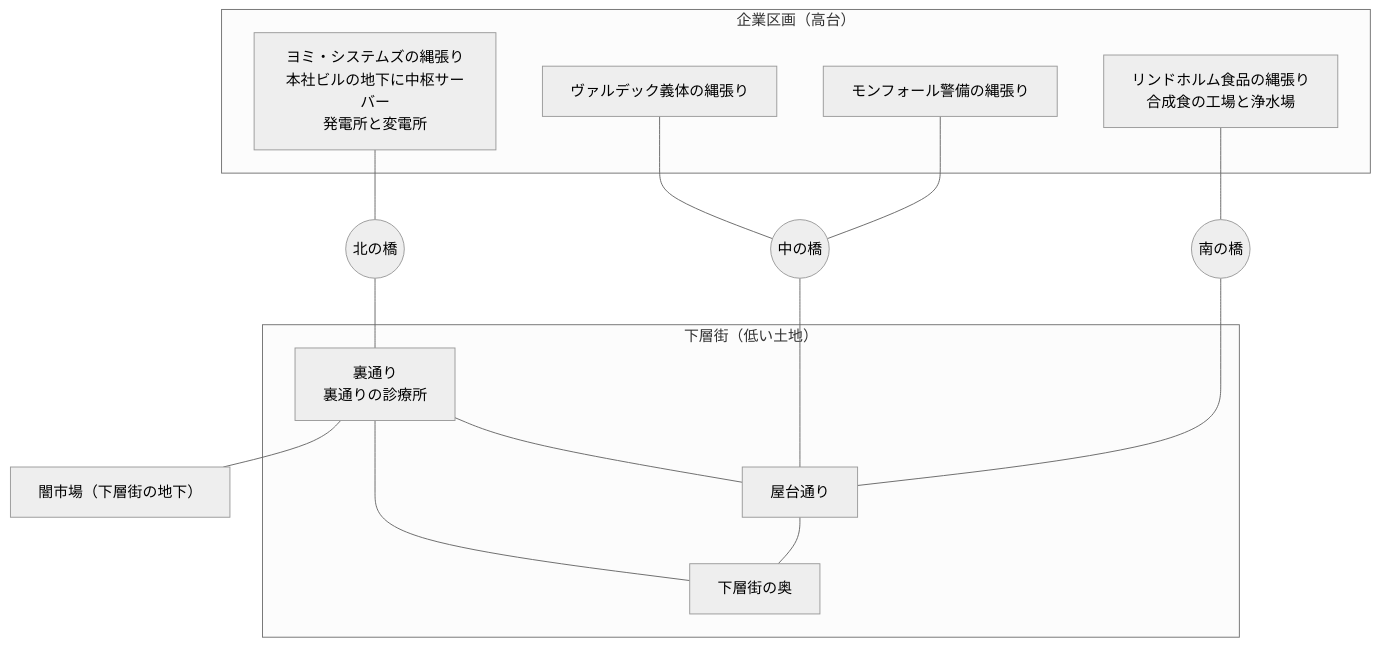
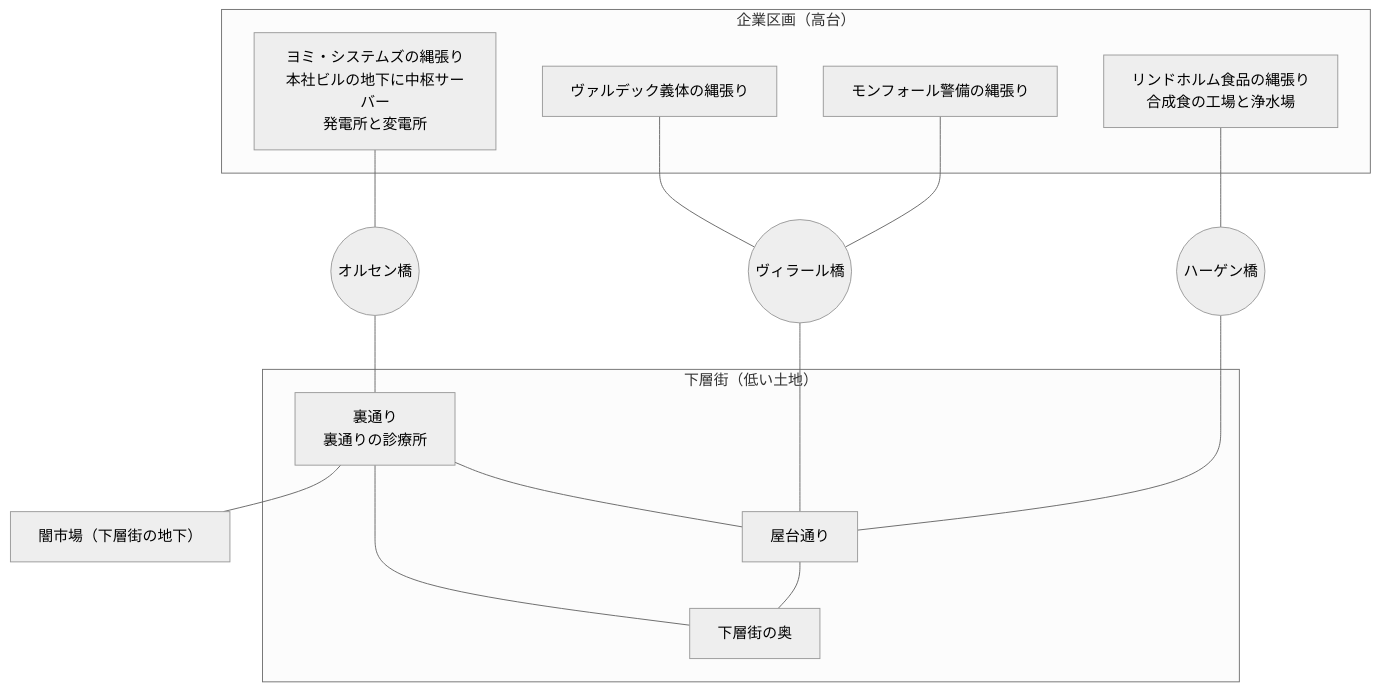
The diagram in docs/20-domain/dom-15-city-places-and-powers.md (setopic/neon-chronicle), drawn with Mermaid (neutral theme) before and after one commit. The commit also changed other lines of this file and 9 other files, not shown here.

First line of the commit message:
橋に人名を付け、地図を地形の分かる描き方にする（#61） (#62)

````diff
--- a/docs/20-domain/dom-15-city-places-and-powers.md
+++ b/docs/20-domain/dom-15-city-places-and-powers.md
@@ -53,24 +55,24 @@
 ```mermaid
 flowchart TB
   subgraph corp["企業区画（高台）"]
     yomi["ヨミ・システムズの縄張り<br>本社ビルの地下に中枢サーバー<br>発電所と変電所"]
     waldeck["ヴァルデック義体の縄張り"]
     montfort["モンフォール警備の縄張り"]
     lindholm["リンドホルム食品の縄張り<br>合成食の工場と浄水場"]
   end
   subgraph lower["下層街（低い土地）"]
     back["裏通り<br>裏通りの診療所"]
     stalls["屋台通り"]
     deep["下層街の奥"]
   end
   market["闇市場（下層街の地下）"]
-  yomi --- north(("北の橋")) --- back
-  waldeck --- middle(("中の橋"))
+  yomi --- north(("オルセン橋")) --- back
+  waldeck --- middle(("ヴィラール橋"))
   montfort --- middle
   middle --- stalls
-  lindholm --- south(("南の橋")) --- stalls
+  lindholm --- south(("ハーゲン橋")) --- stalls
   back --- stalls
   back --- deep
   stalls --- deep
   back --- market
 ```
````
